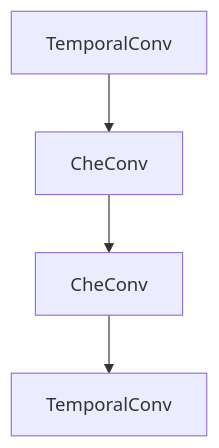
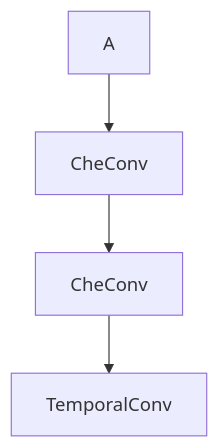
The diagram in README.md (sc2213404/badaunjin_score), drawn with Mermaid before and after one commit.

````diff
--- a/README.md
+++ b/README.md
@@ -3,6 +3,6 @@
 ```mermaid
 flowchart TD
-    A[TemporalConv] --> B[CheConv]
+    A --> B[CheConv]
     B --> C[CheConv]
     C --> D[TemporalConv]
 ```
````
